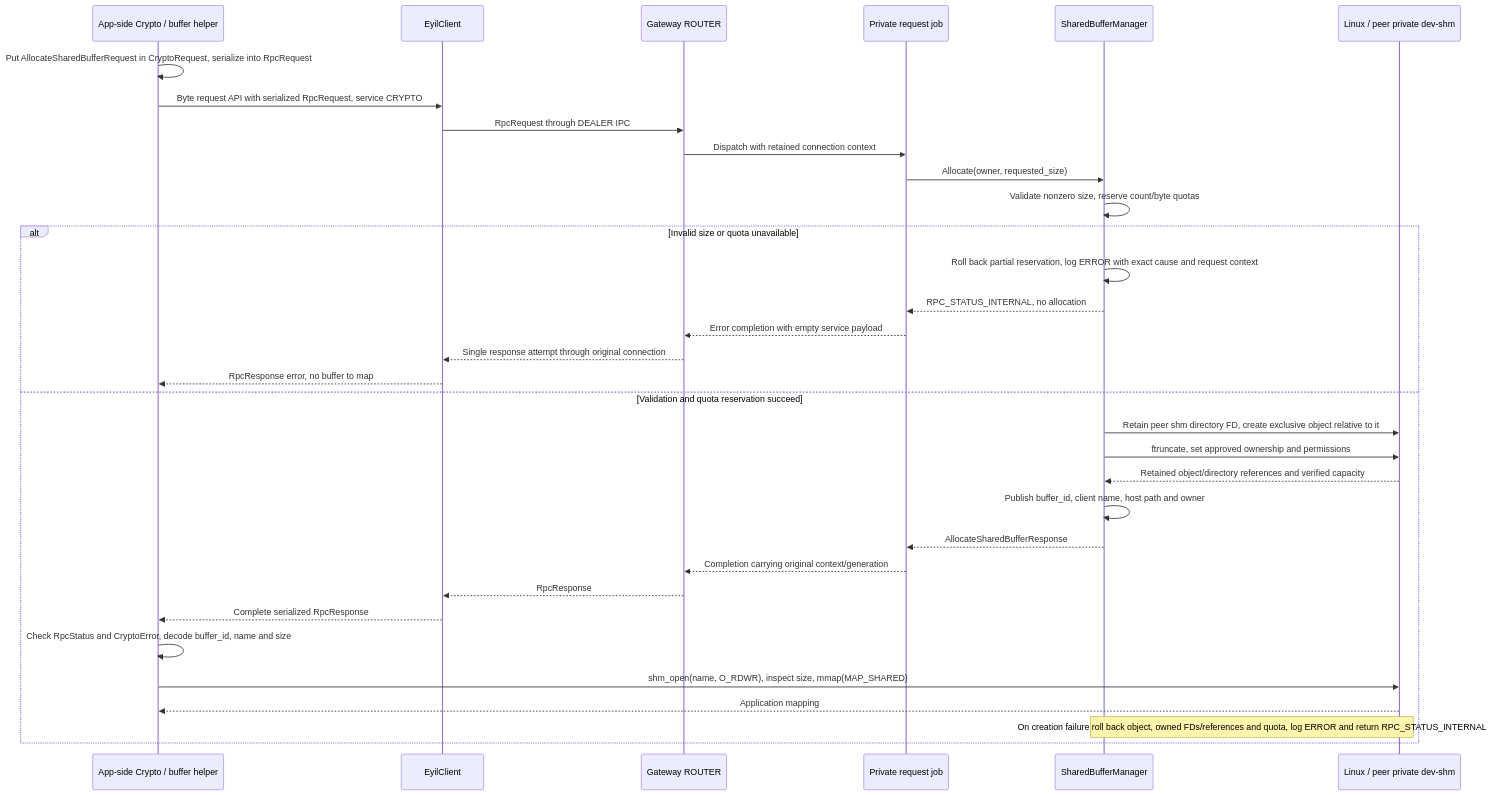
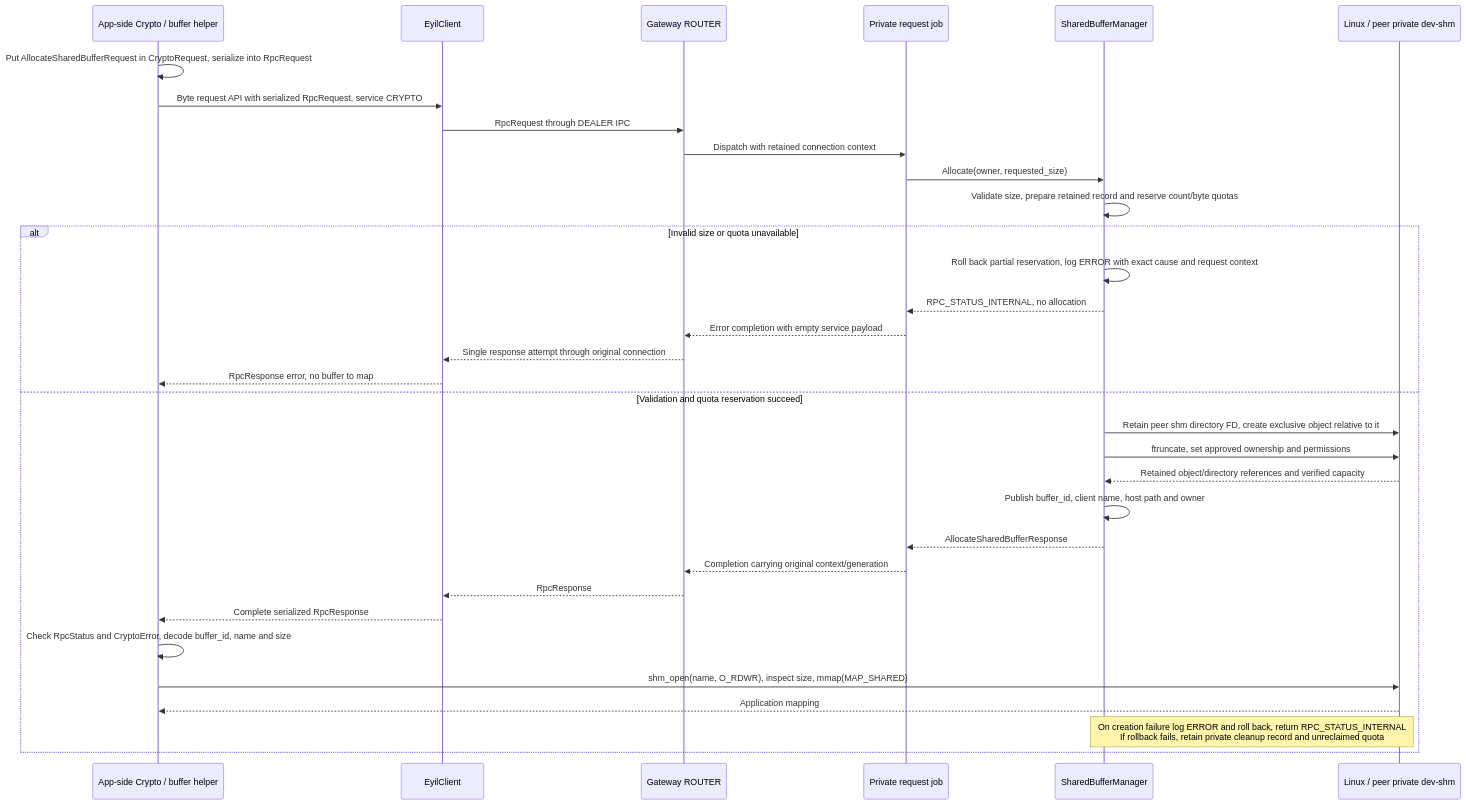
One commit to rdkcentral/eyil-secure-gateway changed diagram 22 of 37 in doc/EyilSecureGateway.md. Above: the diagram before and after it, drawn with Mermaid. The commit also changed other lines of this file, not shown here.

````diff
--- a/doc/EyilSecureGateway.md
+++ b/doc/EyilSecureGateway.md
@@ -3544,35 +3597,35 @@
 ```mermaid
 sequenceDiagram
     participant A as App-side Crypto / buffer helper
     participant L as EyilClient
     participant R as Gateway ROUTER
     participant J as Private request job
     participant B as SharedBufferManager
     participant K as Linux / peer private dev-shm
     A->>A: Put AllocateSharedBufferRequest in CryptoRequest, serialize into RpcRequest
     A->>L: Byte request API with serialized RpcRequest, service CRYPTO
     L->>R: RpcRequest through DEALER IPC
     R->>J: Dispatch with retained connection context
     J->>B: Allocate(owner, requested_size)
-    B->>B: Validate nonzero size, reserve count/byte quotas
+    B->>B: Validate size, prepare retained record and reserve count/byte quotas
     alt Invalid size or quota unavailable
         B->>B: Roll back partial reservation, log ERROR with exact cause and request context
         B-->>J: RPC_STATUS_INTERNAL, no allocation
         J-->>R: Error completion with empty service payload
         R-->>L: Single response attempt through original connection
         L-->>A: RpcResponse error, no buffer to map
     else Validation and quota reservation succeed
         B->>K: Retain peer shm directory FD, create exclusive object relative to it
         B->>K: ftruncate, set approved ownership and permissions
         K-->>B: Retained object/directory references and verified capacity
         B->>B: Publish buffer_id, client name, host path and owner
         B-->>J: AllocateSharedBufferResponse
         J-->>R: Completion carrying original context/generation
         R-->>L: RpcResponse
         L-->>A: Complete serialized RpcResponse
         A->>A: Check RpcStatus and CryptoError, decode buffer_id, name and size
         A->>K: shm_open(name, O_RDWR), inspect size, mmap(MAP_SHARED)
         K-->>A: Application mapping
-        Note over B,K: On creation failure roll back object, owned FDs/references and quota, log ERROR and return RPC_STATUS_INTERNAL
+        Note over B,K: On creation failure log ERROR and roll back, return RPC_STATUS_INTERNAL<br/>If rollback fails, retain private cleanup record and unreclaimed quota
     end
 ```
````
